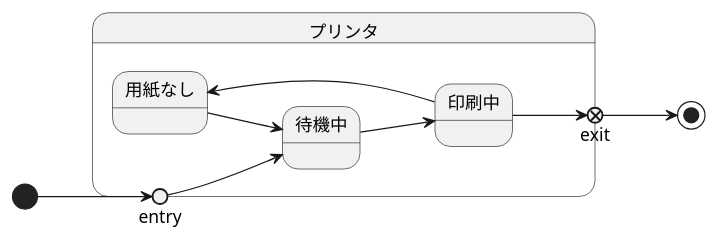
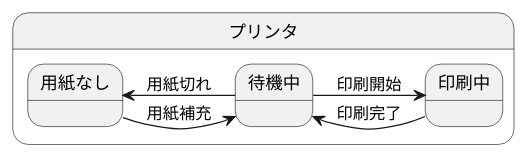
Before and after one commit to moppechan/uml_introduction: the diagram in 演習6/演習6-1_SD_プリンタ.pu, drawn with PlantUML. The commit also changed 1 other file, not shown here.

```diff
--- a/演習6/演習6-1_SD_プリンタ.pu
+++ b/演習6/演習6-1_SD_プリンタ.pu
@@ -1,14 +1,9 @@
 @startuml プリンタ
 left to right direction
 state プリンタ{
-    state entry <<entrypoint>>
-    state exit <<exitpoint>>
-    entry --> 待機中
-    待機中 --> 印刷中
-    印刷中 -up-> 用紙なし
-    用紙なし --> 待機中
-    印刷中 -down-> exit
+    待機中 --> 印刷中 : 印刷開始
+    待機中 -up-> 用紙なし : 用紙切れ
+    印刷中 --> 待機中 : 印刷完了
+    用紙なし --> 待機中 : 用紙補充
 }
-[*] --> entry
-exit --> [*]
 @enduml
```
